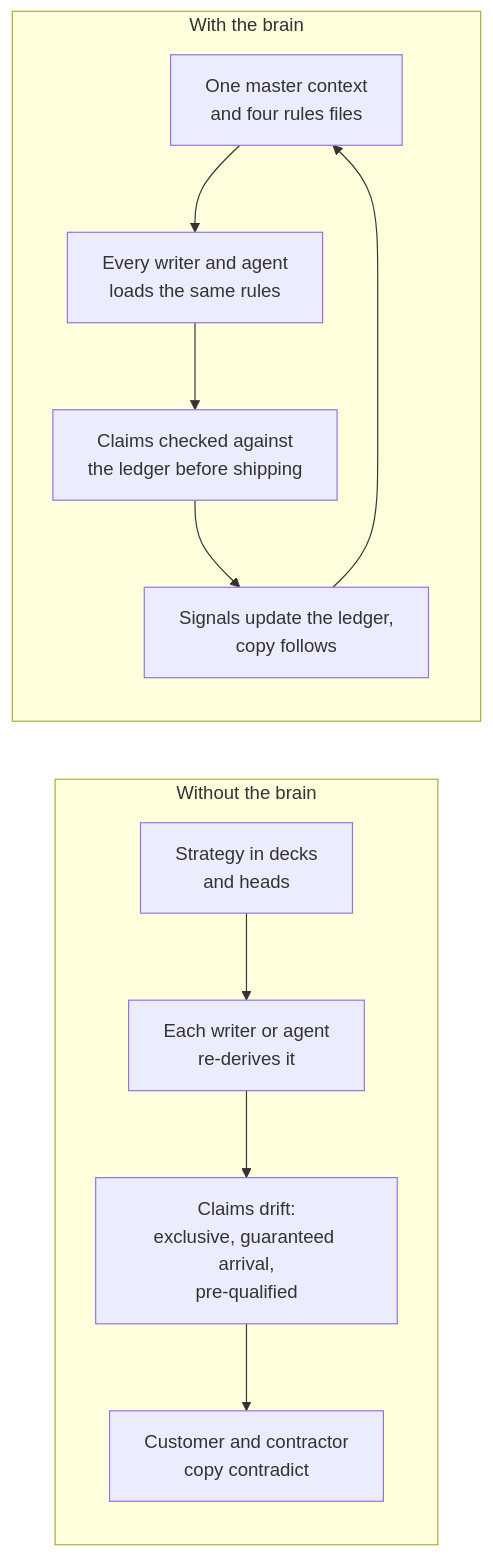
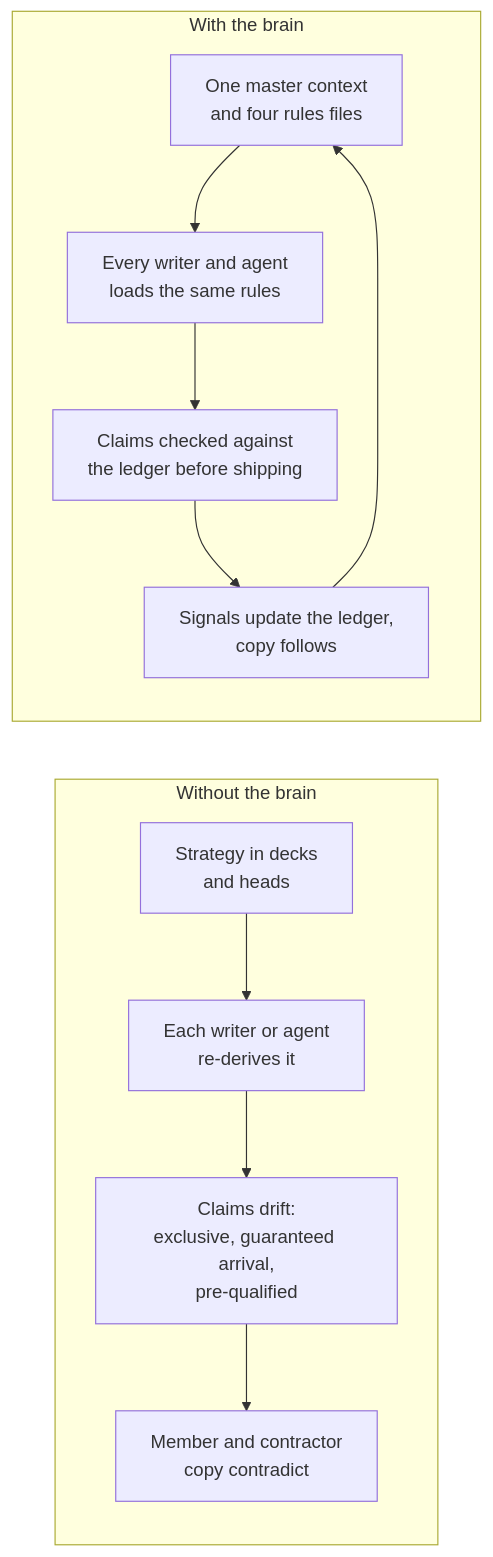
One commit to Saasrelaunchdev/SOSSMSGTMBrain changed the fifth of 9 diagrams in README.md. Above: the diagram before and after it, drawn with Mermaid. The commit also changed other lines of this file and 109 other files, not shown here.

````diff
--- a/README.md
+++ b/README.md
@@ -271,14 +272,14 @@
 ```mermaid
 flowchart LR
     subgraph BEFORE["Without the brain"]
         B1["Strategy in decks<br/>and heads"] --> B2["Each writer or agent<br/>re-derives it"]
         B2 --> B3["Claims drift:<br/>exclusive, guaranteed arrival,<br/>pre-qualified"]
-        B3 --> B4["Customer and contractor<br/>copy contradict"]
+        B3 --> B4["Member and contractor<br/>copy contradict"]
     end
     subgraph AFTER["With the brain"]
         A1["One master context<br/>and four rules files"] --> A2["Every writer and agent<br/>loads the same rules"]
         A2 --> A3["Claims checked against<br/>the ledger before shipping"]
         A3 --> A4["Signals update the ledger,<br/>copy follows"]
         A4 --> A1
     end
 ```
````
